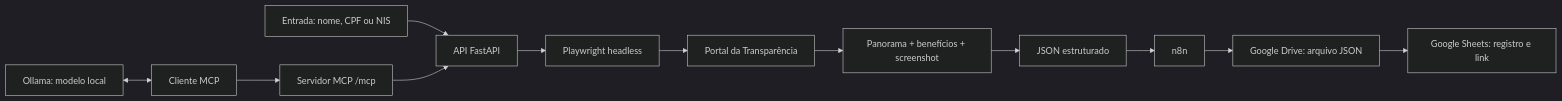
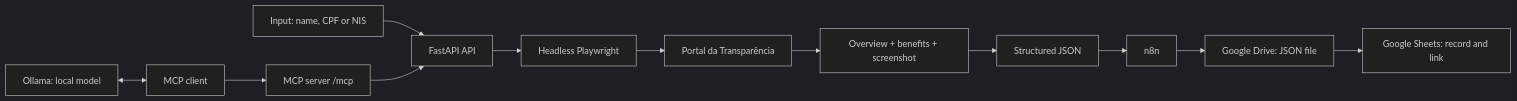
One commit to Aspael/rpa-portal-transparencia changed the diagram in README.md. Above: the diagram before and after it, drawn with Mermaid (dark theme). The commit also changed other lines of this file, not shown here.

````diff
--- a/README.md
+++ b/README.md
@@ -46,14 +46,14 @@
 ```mermaid
 flowchart LR
-    A[Entrada: nome, CPF ou NIS] --> B[API FastAPI]
-    O[Ollama: modelo local] <--> H[Cliente MCP]
-    H --> N[Servidor MCP /mcp]
+    A[Input: name, CPF or NIS] --> B[FastAPI API]
+    O[Ollama: local model] <--> H[MCP client]
+    H --> N[MCP server /mcp]
     N --> B
-    B --> C[Playwright headless]
+    B --> C[Headless Playwright]
     C --> D[Portal da Transparência]
-    D --> E[Panorama + benefícios + screenshot]
-    E --> F[JSON estruturado]
+    D --> E[Overview + benefits + screenshot]
+    E --> F[Structured JSON]
     F --> G[n8n]
-    G --> H2[Google Drive: arquivo JSON]
-    H2 --> I[Google Sheets: registro e link]
+    G --> H2[Google Drive: JSON file]
+    H2 --> I[Google Sheets: record and link]
 ```
````
